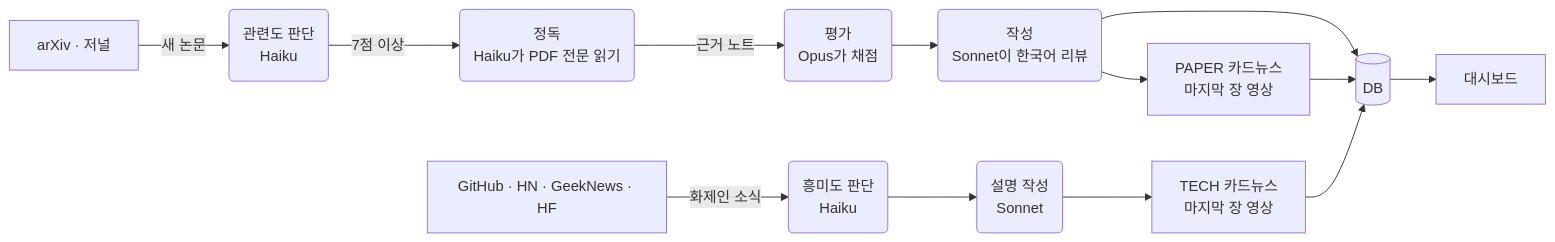
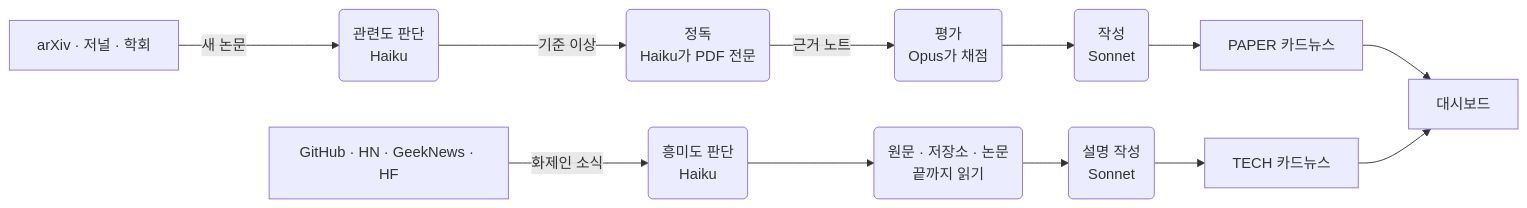
One commit to SeonGyuJang/STAR_WARS changed the diagram in README.md. Above: the diagram before and after it, drawn with Mermaid. The commit also changed other lines of this file and 19 other files, not shown here.

````diff
--- a/README.md
+++ b/README.md
@@ -51,15 +108,14 @@
 ```mermaid
 flowchart LR
-    A[arXiv · 저널] -->|새 논문| B(관련도 판단<br/>Haiku)
-    B -->|7점 이상| C(정독<br/>Haiku가 PDF 전문 읽기)
+    A[arXiv · 저널 · 학회] -->|새 논문| B(관련도 판단<br/>Haiku)
+    B -->|기준 이상| C(정독<br/>Haiku가 PDF 전문)
     C -->|근거 노트| D(평가<br/>Opus가 채점)
-    D --> E(작성<br/>Sonnet이 한국어 리뷰)
-    E --> F[PAPER 카드뉴스<br/>마지막 장 영상]
-    E --> G[(DB)]
-    F --> G
+    D --> E(작성<br/>Sonnet)
+    E --> F[PAPER 카드뉴스]
     T[GitHub · HN · GeekNews · HF] -->|화제인 소식| U(흥미도 판단<br/>Haiku)
-    U --> V(설명 작성<br/>Sonnet)
-    V --> W[TECH 카드뉴스<br/>마지막 장 영상]
-    W --> G
-    G --> H[대시보드]
+    U --> R(원문 · 저장소 · 논문<br/>끝까지 읽기)
+    R --> V(설명 작성<br/>Sonnet)
+    V --> W[TECH 카드뉴스]
+    F --> H[대시보드]
+    W --> H
 ```
````
